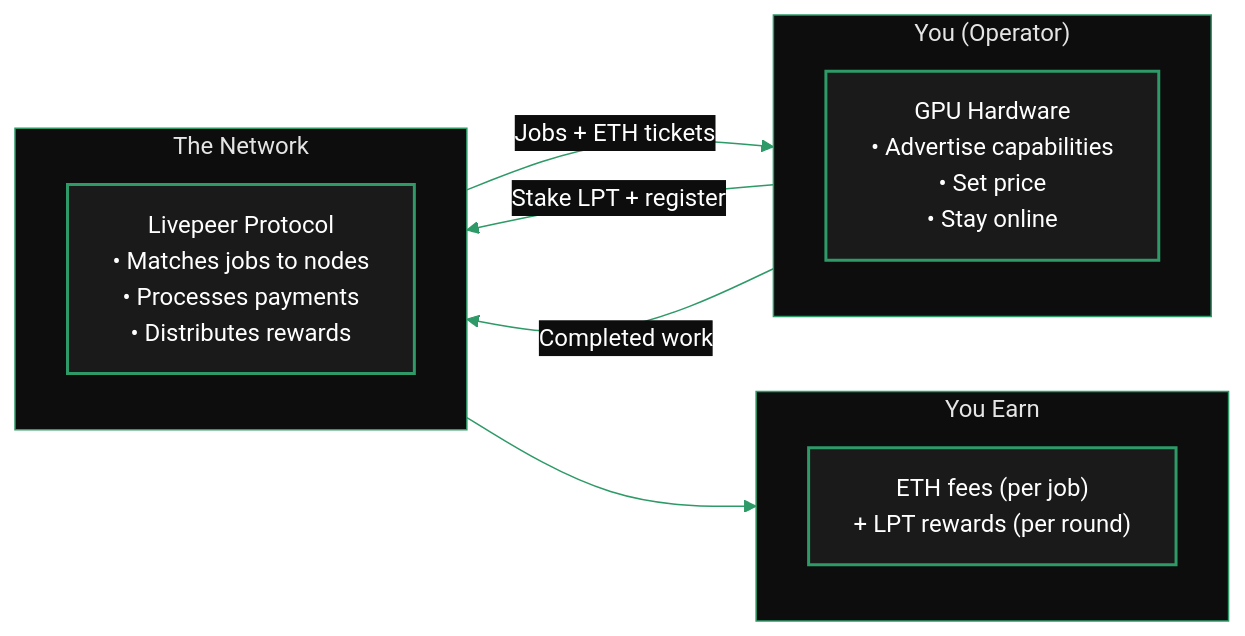
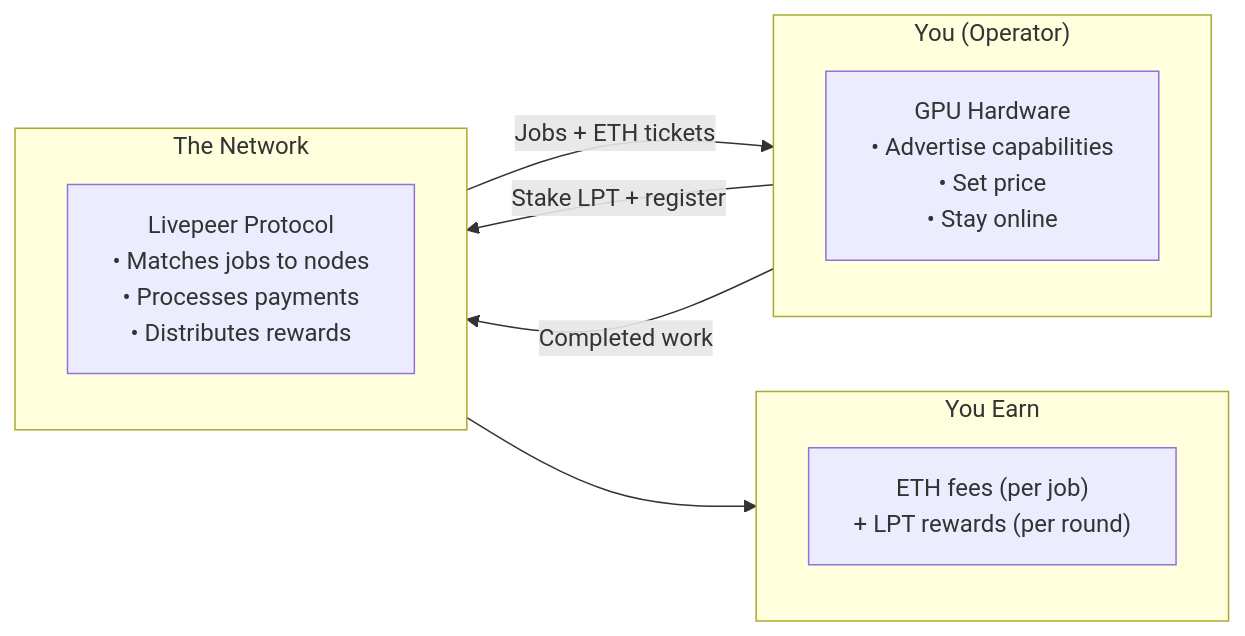
The third of 5 diagrams in v2/orchestrators/concepts/role.mdx (sidestream-tech/livepeer-docs), drawn with Mermaid before and after one commit. The commit also changed other lines of this file and 85 other files, not shown here.

````diff
--- a/v2/orchestrators/concepts/role.mdx
+++ b/v2/orchestrators/concepts/role.mdx
@@ -125,23 +115,18 @@
       ```mermaid
-      %%{init: {'theme': 'base', 'themeVariables': { 'primaryColor': '#1a1a1a', 'primaryTextColor': '#fff', 'primaryBorderColor': '#2d9a67', 'lineColor': '#2d9a67', 'secondaryColor': '#0d0d0d', 'tertiaryColor': '#1a1a1a', 'background': '#0d0d0d', 'fontFamily': 'system-ui' }}}%%
       flowchart LR
           subgraph You["You (Operator)"]
               A["GPU Hardware<br/>• Advertise capabilities<br/>• Set price<br/>• Stay online"]
           end
           subgraph Net["The Network"]
               B["Livepeer Protocol<br/>• Matches jobs to nodes<br/>• Processes payments<br/>• Distributes rewards"]
           end
           subgraph Earn["You Earn"]
               C["ETH fees (per job)<br/>+ LPT rewards (per round)"]
           end
 
           You -->|Stake LPT + register| Net
           Net -->|Jobs + ETH tickets| You
           You -->|Completed work| Net
           Net --> Earn
 
-          classDef default fill:#1a1a1a,color:#fff,stroke:#2d9a67,stroke-width:2px
-          style You fill:#0d0d0d,stroke:#2d9a67,stroke-width:1px
-          style Net fill:#0d0d0d,stroke:#2d9a67,stroke-width:1px
-          style Earn fill:#0d0d0d,stroke:#2d9a67,stroke-width:1px
       ```
````
